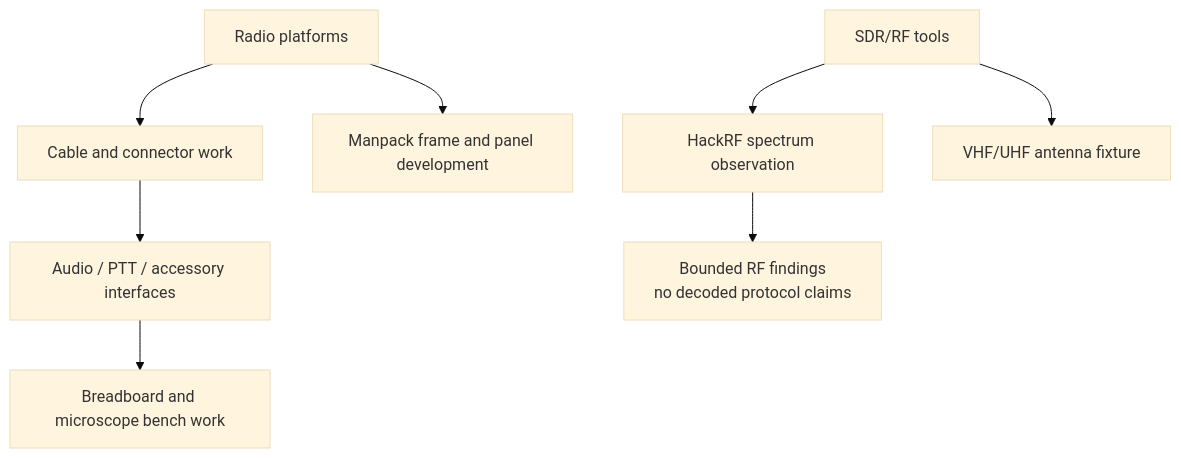
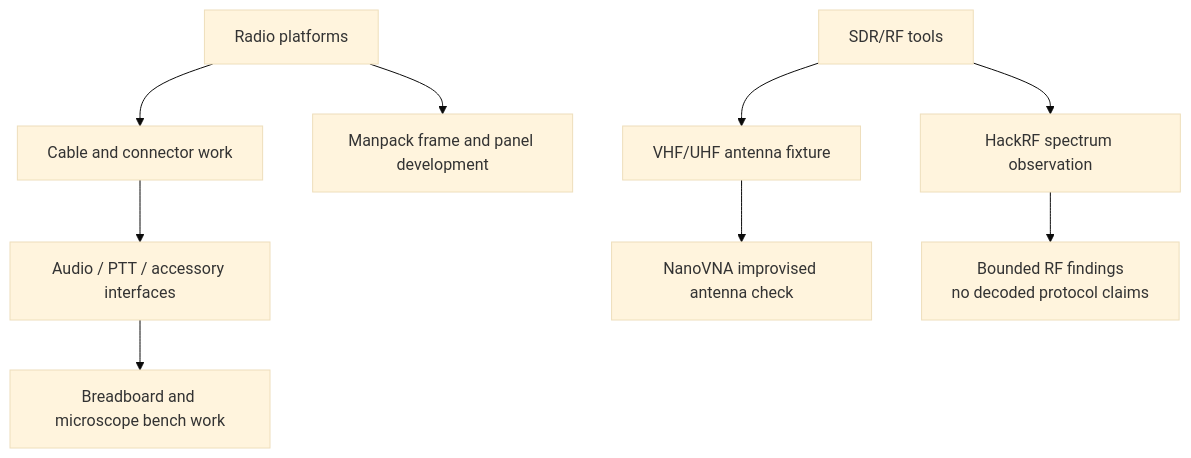
The diagram in README.md (jjudge213/radio-electronics-interface-lab), drawn with Mermaid (base theme) before and after one commit. The commit also changed other lines of this file and 2 other files, not shown here.

Commit message:
Add NanoVNA improvised antenna check

````diff
--- a/README.md
+++ b/README.md
@@ -31,10 +31,11 @@
 ```mermaid
 flowchart TD
     radio[Radio platforms] --> cable[Cable and connector work]
     cable --> audio[Audio / PTT / accessory interfaces]
     audio --> bench[Breadboard and microscope bench work]
     radio --> manpack[Manpack frame and panel development]
     rf[SDR/RF tools] --> sweep[HackRF spectrum observation]
     rf --> antenna[VHF/UHF antenna fixture]
+    antenna --> nanovna[NanoVNA improvised antenna check]
     sweep --> notes[Bounded RF findings<br/>no decoded protocol claims]
 ```
````
